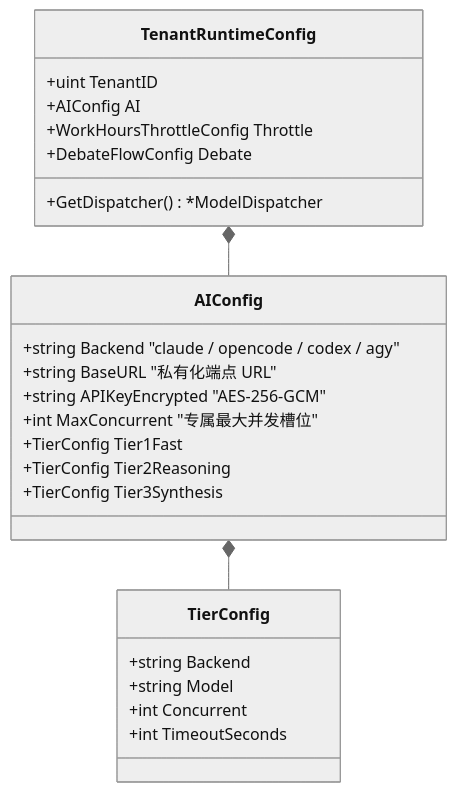
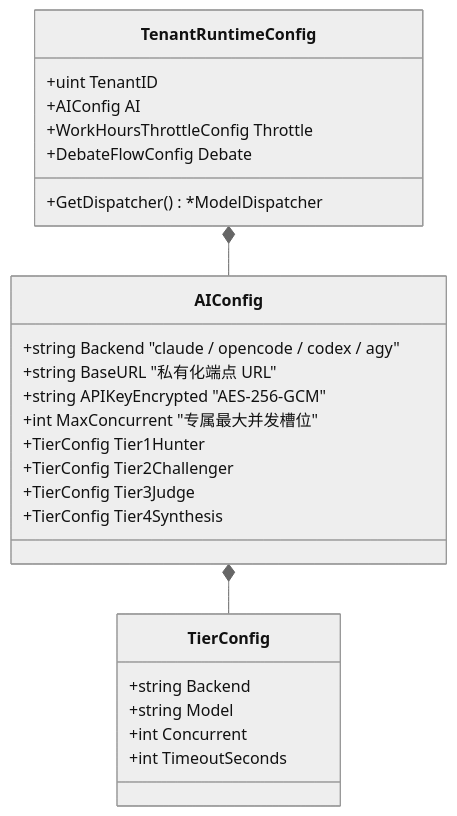
Before and after one commit to fugui/code-shield: the first of 3 diagrams in docs/02-architecture/05-multi-tenancy/02-租户模型服务资源隔离与动态调度设计.md, drawn with Mermaid (neutral theme). The commit also changed 6 other files, not shown here.

````diff
--- a/docs/02-architecture/05-multi-tenancy/02-租户模型服务资源隔离与动态调度设计.md
+++ b/docs/02-architecture/05-multi-tenancy/02-租户模型服务资源隔离与动态调度设计.md
@@ -18,27 +18,28 @@
 ```mermaid
 classDiagram
     class TenantRuntimeConfig {
         +uint TenantID
         +AIConfig AI
         +WorkHoursThrottleConfig Throttle
         +DebateFlowConfig Debate
         +GetDispatcher() *ModelDispatcher
     }
     class AIConfig {
         +string Backend "claude / opencode / codex / agy"
         +string BaseURL "私有化端点 URL"
         +string APIKeyEncrypted "AES-256-GCM"
         +int MaxConcurrent "专属最大并发槽位"
-        +TierConfig Tier1Fast
-        +TierConfig Tier2Reasoning
-        +TierConfig Tier3Synthesis
+        +TierConfig Tier1Hunter
+        +TierConfig Tier2Challenger
+        +TierConfig Tier3Judge
+        +TierConfig Tier4Synthesis
     }
     class TierConfig {
         +string Backend
         +string Model
         +int Concurrent
         +int TimeoutSeconds
     }
     TenantRuntimeConfig *-- AIConfig
     AIConfig *-- TierConfig
 ```
````
